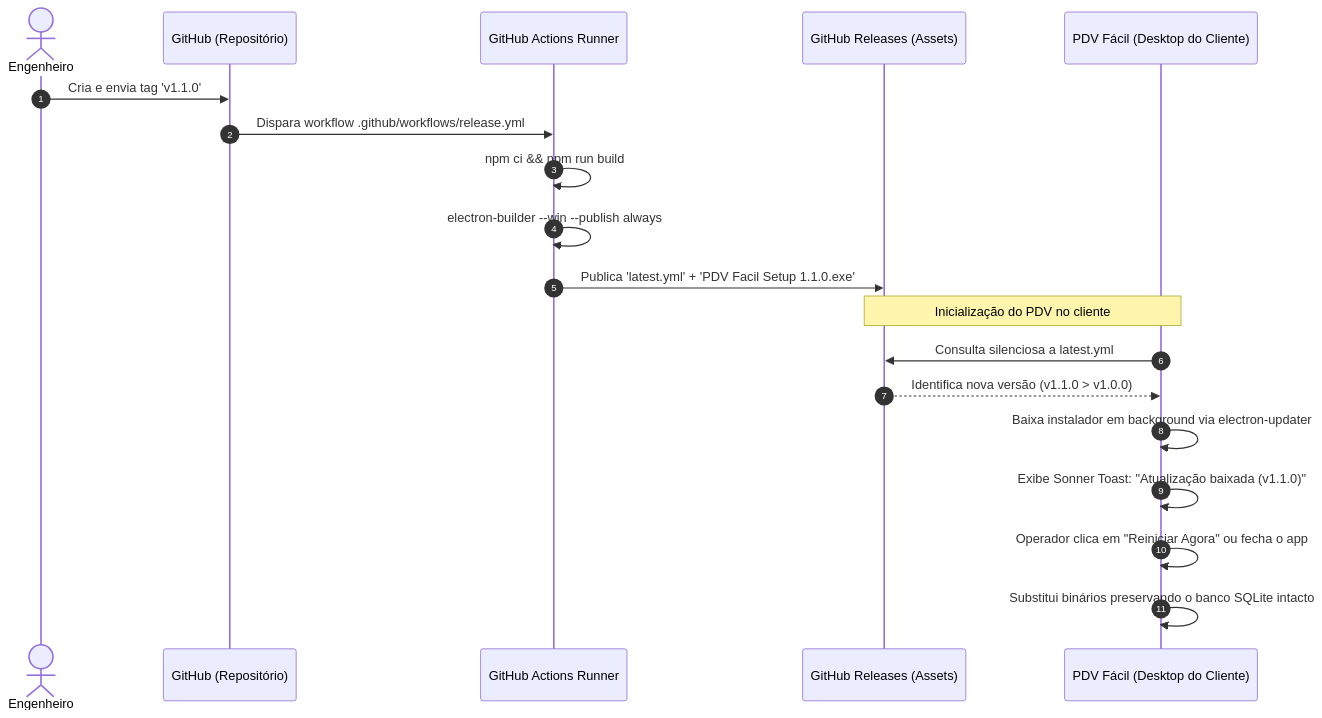
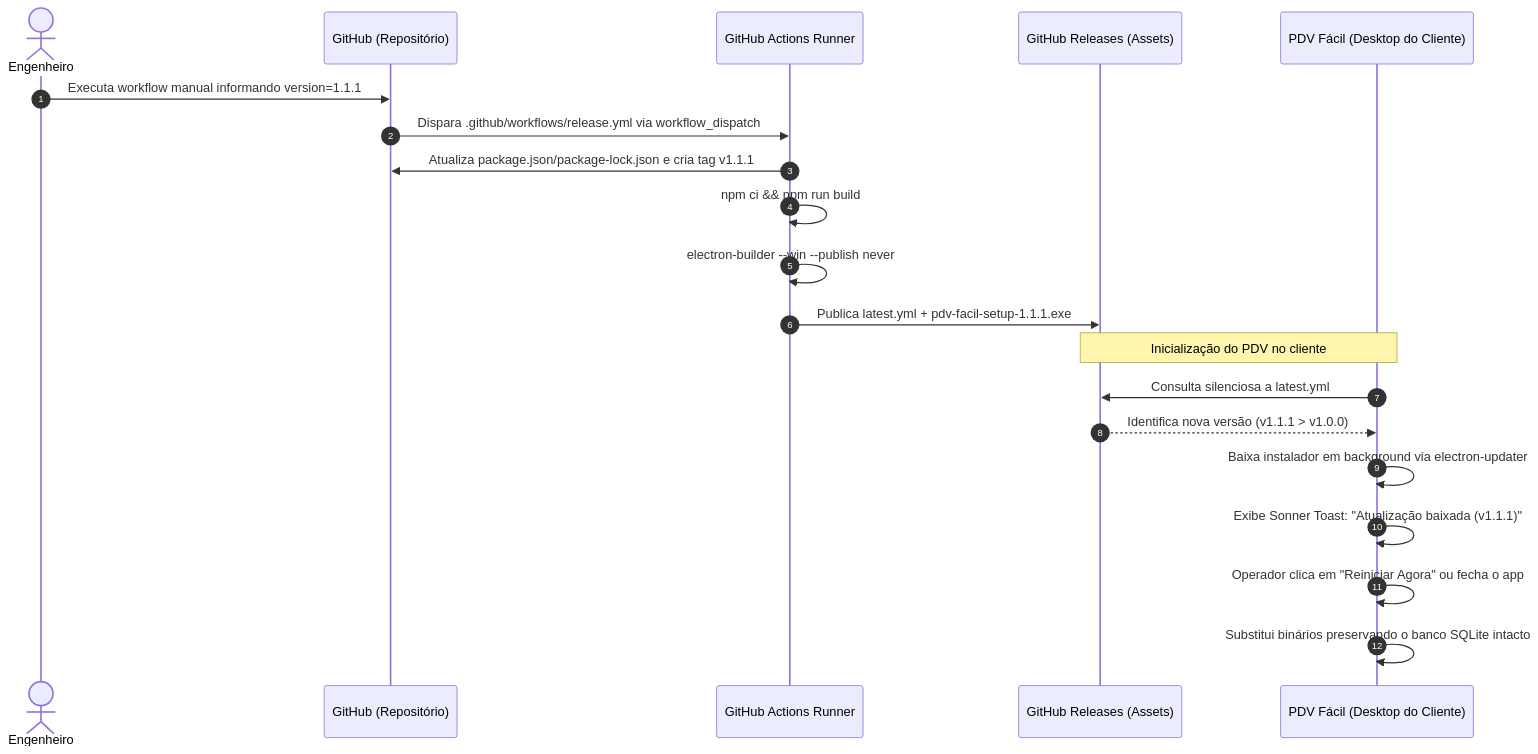
The diagram in docs/03-operations/release-and-update-spec.md (petrocini/pdv-facil), drawn with Mermaid before and after one commit. The commit also changed other lines of this file, not shown here.

Commit message:
docs: update manual release workflow spec

````diff
--- a/docs/03-operations/release-and-update-spec.md
+++ b/docs/03-operations/release-and-update-spec.md
@@ -13,23 +13,24 @@
 ```mermaid
 sequenceDiagram
     autonumber
     actor Dev as Engenheiro
     participant Git as GitHub (Repositório)
     participant GHA as GitHub Actions Runner
     participant Rel as GitHub Releases (Assets)
     participant ClientApp as PDV Fácil (Desktop do Cliente)
 
-    Dev->>Git: Cria e envia tag 'v1.1.0'
-    Git->>GHA: Dispara workflow .github/workflows/release.yml
+    Dev->>Git: Executa workflow manual informando version=1.1.1
+    Git->>GHA: Dispara .github/workflows/release.yml via workflow_dispatch
+    GHA->>Git: Atualiza package.json/package-lock.json e cria tag v1.1.1
     GHA->>GHA: npm ci && npm run build
-    GHA->>GHA: electron-builder --win --publish always
-    GHA->>Rel: Publica 'latest.yml' + 'PDV Facil Setup 1.1.0.exe'
+    GHA->>GHA: electron-builder --win --publish never
+    GHA->>Rel: Publica latest.yml + pdv-facil-setup-1.1.1.exe
     
     Note over ClientApp,Rel: Inicialização do PDV no cliente
     ClientApp->>Rel: Consulta silenciosa a latest.yml
-    Rel-->>ClientApp: Identifica nova versão (v1.1.0 > v1.0.0)
+    Rel-->>ClientApp: Identifica nova versão (v1.1.1 > v1.0.0)
     ClientApp->>ClientApp: Baixa instalador em background via electron-updater
-    ClientApp->>ClientApp: Exibe Sonner Toast: "Atualização baixada (v1.1.0)"
+    ClientApp->>ClientApp: Exibe Sonner Toast: "Atualização baixada (v1.1.1)"
     ClientApp->>ClientApp: Operador clica em "Reiniciar Agora" ou fecha o app
     ClientApp->>ClientApp: Substitui binários preservando o banco SQLite intacto
 ```
````
